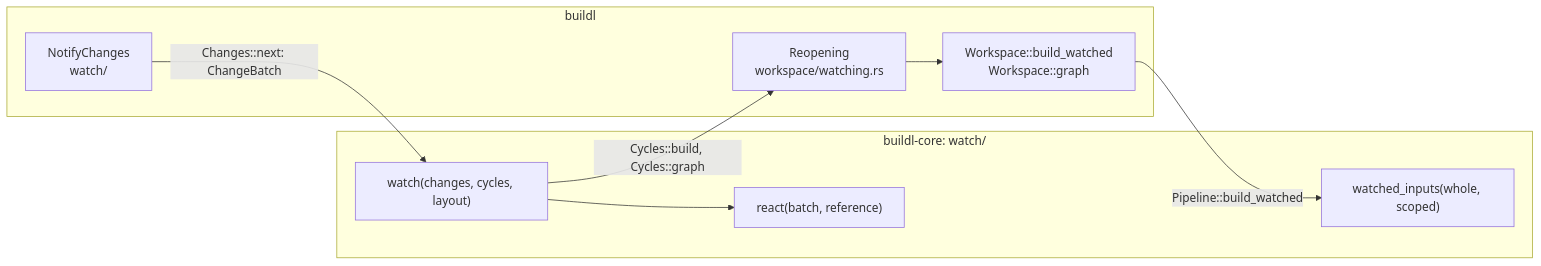
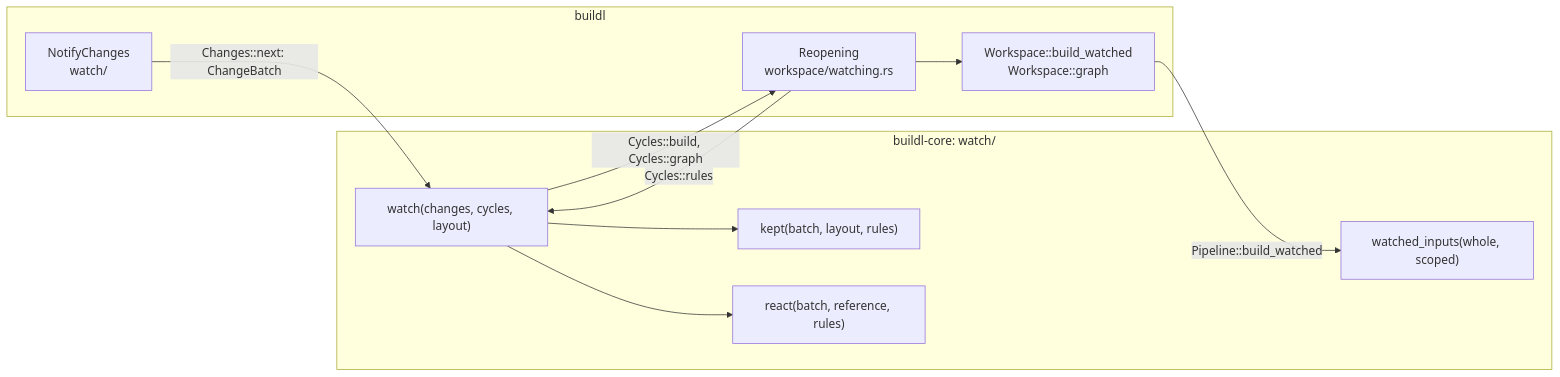
Before and after one commit to airsstack/buildl: the second of 2 diagrams in book/src/ch10-00-watch.md, drawn with Mermaid. The commit also changed other lines of this file and 5 other files, not shown here.

````diff
--- a/book/src/ch10-00-watch.md
+++ b/book/src/ch10-00-watch.md
@@ -147,19 +155,22 @@
 ```mermaid
 %% The loop in the core; the adapters notice files and open workspaces
 graph LR
     subgraph CORE["buildl-core: watch/"]
         LOOP["watch(changes, cycles, layout)"]
-        REACT["react(batch, reference)"]
+        KEPT["kept(batch, layout, rules)"]
+        REACT["react(batch, reference, rules)"]
         INP["watched_inputs(whole, scoped)"]
     end
     subgraph AD["buildl"]
         NC["NotifyChanges<br/>watch/"]
         RE["Reopening<br/>workspace/watching.rs"]
         WS["Workspace::build_watched<br/>Workspace::graph"]
     end
     NC -->|"Changes::next: ChangeBatch"| LOOP
+    LOOP --> KEPT
     LOOP --> REACT
+    RE -->|"Cycles::rules"| LOOP
     LOOP -->|"Cycles::build, Cycles::graph"| RE
     RE --> WS
     WS -->|"Pipeline::build_watched"| INP
 ```
````
